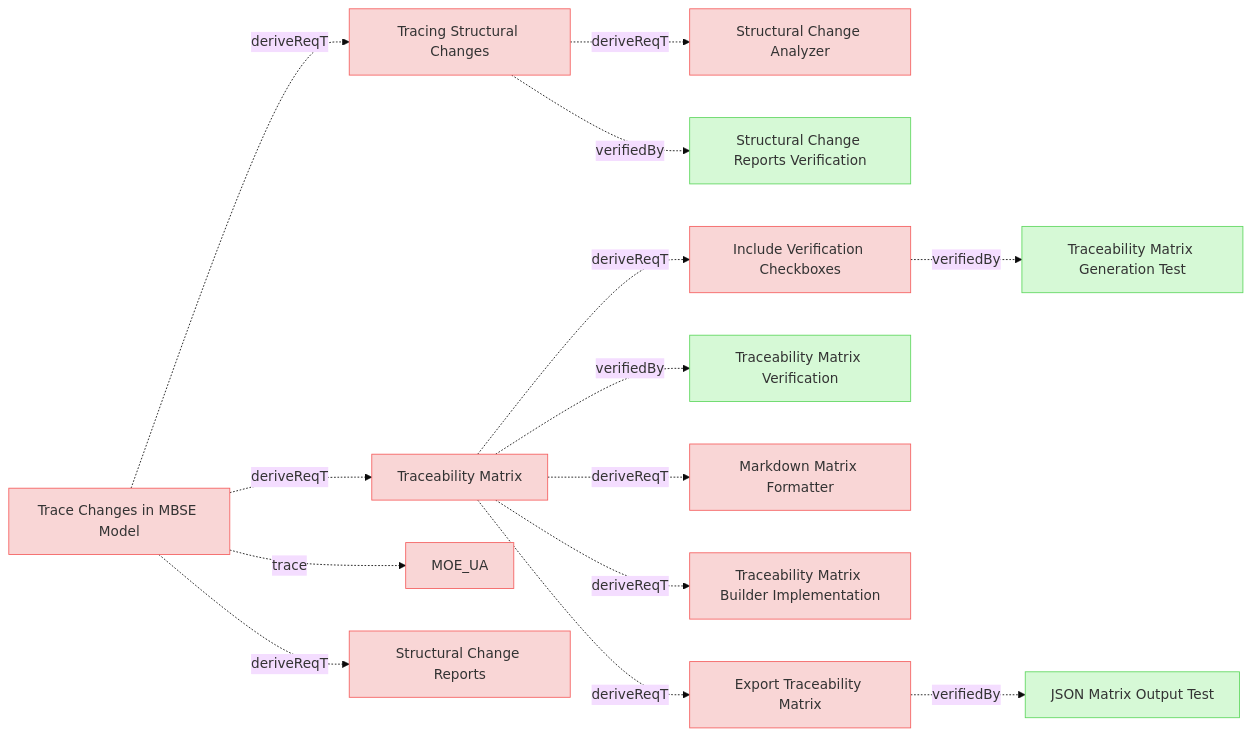
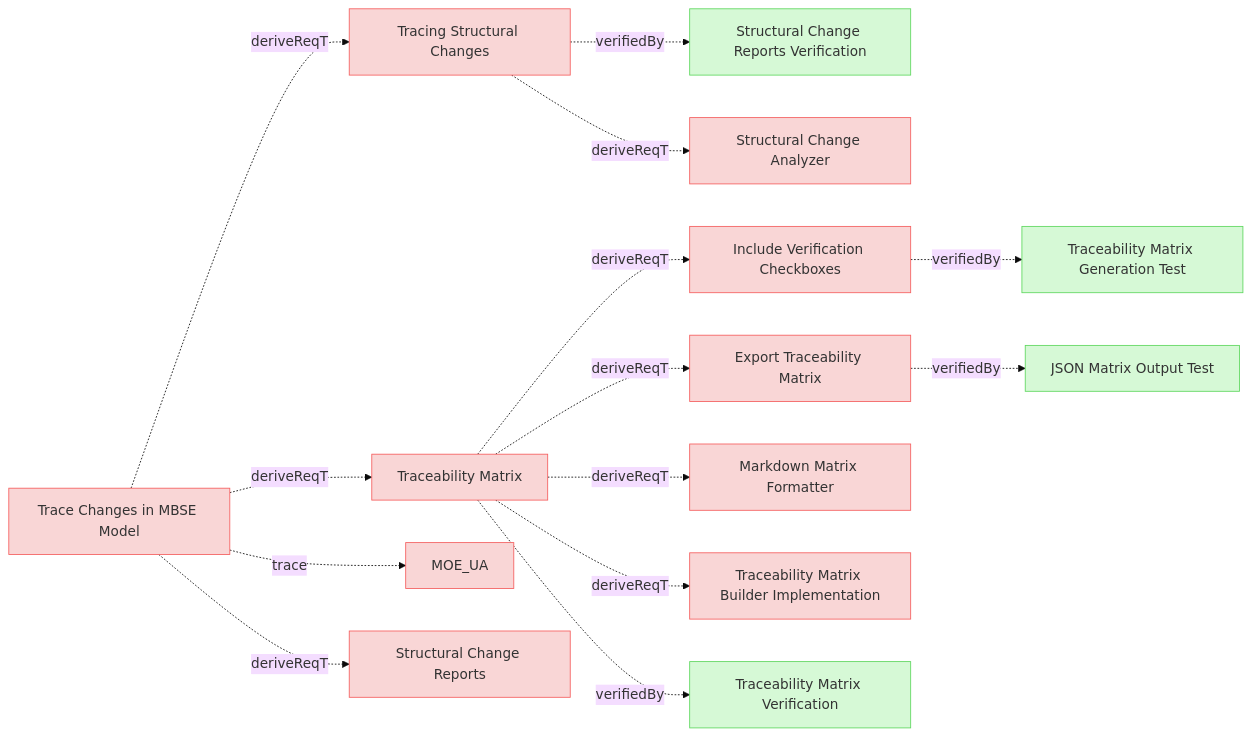
The sixth of 9 diagrams in specifications/UserRequirements.md (reqvire-org/reqvire), drawn with Mermaid (base theme) before and after one commit. The commit also changed other lines of this file and 20 other files, not shown here.

````diff
--- a/specifications/UserRequirements.md
+++ b/specifications/UserRequirements.md
@@ -810,65 +797,65 @@
 ```mermaid
 graph LR;
   %% REQVIRE-AUTOGENERATED-DIAGRAM
   %% Graph styling
   classDef requirement fill:#f9d6d6,stroke:#f55f5f,stroke-width:1px;
   classDef verification fill:#d6f9d6,stroke:#5fd75f,stroke-width:1px;
   classDef externalLink fill:#d0e0ff,stroke:#3080ff,stroke-width:1px;
   classDef default fill:#f5f5f5,stroke:#333333,stroke-width:1px;
 
   d7b7b13a5b8d96e1["Tracing Structural Changes"];
   class d7b7b13a5b8d96e1 requirement;
   click d7b7b13a5b8d96e1 "UserRequirements.md#tracing-structural-changes";
+  b0e8adb6596a35e7["Structural Change Reports Verification"];
+  class b0e8adb6596a35e7 verification;
+  click b0e8adb6596a35e7 "Verifications/ChangeImpactTests.md#structural-change-reports-verification";
+  d7b7b13a5b8d96e1 -.->|verifiedBy| b0e8adb6596a35e7;
   d34d7e14d2a235a2["Structural Change Analyzer"];
   class d34d7e14d2a235a2 requirement;
   click d34d7e14d2a235a2 "SystemRequirements/Requirements.md#structural-change-analyzer";
   d7b7b13a5b8d96e1 -.->|deriveReqT| d34d7e14d2a235a2;
-  b0e8adb6596a35e7["Structural Change Reports Verification"];
-  class b0e8adb6596a35e7 verification;
-  click b0e8adb6596a35e7 "Verifications/ChangeImpactTests.md#structural-change-reports-verification";
-  d7b7b13a5b8d96e1 -.->|verifiedBy| b0e8adb6596a35e7;
   6d32b919c82784b7["Include Verification Checkboxes"];
   class 6d32b919c82784b7 requirement;
   click 6d32b919c82784b7 "UserRequirements.md#include-verification-checkboxes";
   aa85c85e7c41d899["Traceability Matrix Generation Test"];
   class aa85c85e7c41d899 verification;
   click aa85c85e7c41d899 "Verifications/TreacibilityMatrix.md#traceability-matrix-generation-test";
   6d32b919c82784b7 -.->|verifiedBy| aa85c85e7c41d899;
+  7de9a55d6102af23["Export Traceability Matrix"];
+  class 7de9a55d6102af23 requirement;
+  click 7de9a55d6102af23 "UserRequirements.md#export-traceability-matrix";
+  50c290277850dd17["JSON Matrix Output Test"];
+  class 50c290277850dd17 verification;
+  click 50c290277850dd17 "Verifications/TreacibilityMatrix.md#json-matrix-output-test";
+  7de9a55d6102af23 -.->|verifiedBy| 50c290277850dd17;
   4e30ea0930dc9c26["Traceability Matrix"];
   class 4e30ea0930dc9c26 requirement;
   click 4e30ea0930dc9c26 "UserRequirements.md#traceability-matrix";
+  1b7491b67a792bc9["Markdown Matrix Formatter"];
+  class 1b7491b67a792bc9 requirement;
+  click 1b7491b67a792bc9 "SystemRequirements/Requirements.md#markdown-matrix-formatter";
+  4e30ea0930dc9c26 -.->|deriveReqT| 1b7491b67a792bc9;
+  4e30ea0930dc9c26 -.->|deriveReqT| 6d32b919c82784b7;
+  4e30ea0930dc9c26 -.->|deriveReqT| 7de9a55d6102af23;
+  b55d8517cd3e58["Traceability Matrix Builder Implementation"];
+  class b55d8517cd3e58 requirement;
+  click b55d8517cd3e58 "SystemRequirements/Requirements.md#traceability-matrix-builder-implementation";
+  4e30ea0930dc9c26 -.->|deriveReqT| b55d8517cd3e58;
   11c3285e74c8d60b["Traceability Matrix Verification"];
   class 11c3285e74c8d60b verification;
   click 11c3285e74c8d60b "Verifications/ChangeImpactTests.md#traceability-matrix-verification";
   4e30ea0930dc9c26 -.->|verifiedBy| 11c3285e74c8d60b;
-  4e30ea0930dc9c26 -.->|deriveReqT| 6d32b919c82784b7;
-  1b7491b67a792bc9["Markdown Matrix Formatter"];
-  class 1b7491b67a792bc9 requirement;
-  click 1b7491b67a792bc9 "SystemRequirements/Requirements.md#markdown-matrix-formatter";
-  4e30ea0930dc9c26 -.->|deriveReqT| 1b7491b67a792bc9;
-  b55d8517cd3e58["Traceability Matrix Builder Implementation"];
-  class b55d8517cd3e58 requirement;
-  click b55d8517cd3e58 "SystemRequirements/Requirements.md#traceability-matrix-builder-implementation";
-  4e30ea0930dc9c26 -.->|deriveReqT| b55d8517cd3e58;
-  7de9a55d6102af23["Export Traceability Matrix"];
-  class 7de9a55d6102af23 requirement;
-  click 7de9a55d6102af23 "UserRequirements.md#export-traceability-matrix";
-  4e30ea0930dc9c26 -.->|deriveReqT| 7de9a55d6102af23;
-  50c290277850dd17["JSON Matrix Output Test"];
-  class 50c290277850dd17 verification;
-  click 50c290277850dd17 "Verifications/TreacibilityMatrix.md#json-matrix-output-test";
-  7de9a55d6102af23 -.->|verifiedBy| 50c290277850dd17;
   5ef9c8ae19a9f55a["Trace Changes in MBSE Model"];
   class 5ef9c8ae19a9f55a requirement;
   click 5ef9c8ae19a9f55a "UserStories.md#trace-changes-in-mbse-model";
   2c5f30f14e792200["MOE_UA"];
   class 2c5f30f14e792200 requirement;
   click 2c5f30f14e792200 "MOEs.md#moe_ua";
   5ef9c8ae19a9f55a -.->|trace| 2c5f30f14e792200;
+  5ef9c8ae19a9f55a -.->|deriveReqT| d7b7b13a5b8d96e1;
   1908501a80db5c46["Structural Change Reports"];
   class 1908501a80db5c46 requirement;
   click 1908501a80db5c46 "UserRequirements.md#structural-change-reports";
   5ef9c8ae19a9f55a -.->|deriveReqT| 1908501a80db5c46;
-  5ef9c8ae19a9f55a -.->|deriveReqT| d7b7b13a5b8d96e1;
   5ef9c8ae19a9f55a -.->|deriveReqT| 4e30ea0930dc9c26;
 ```
````
